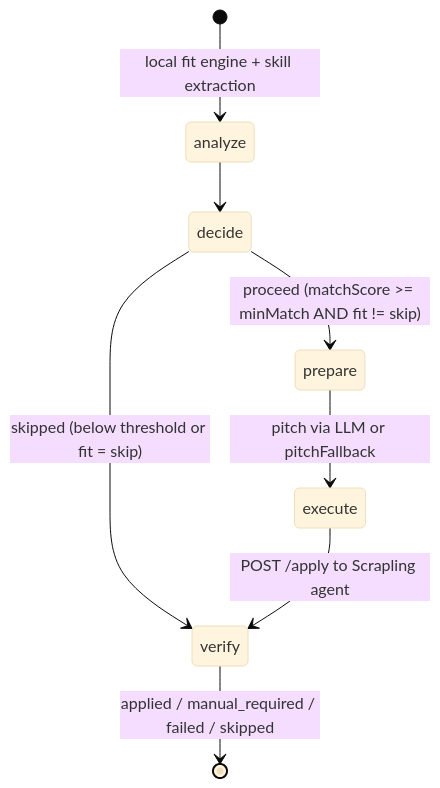
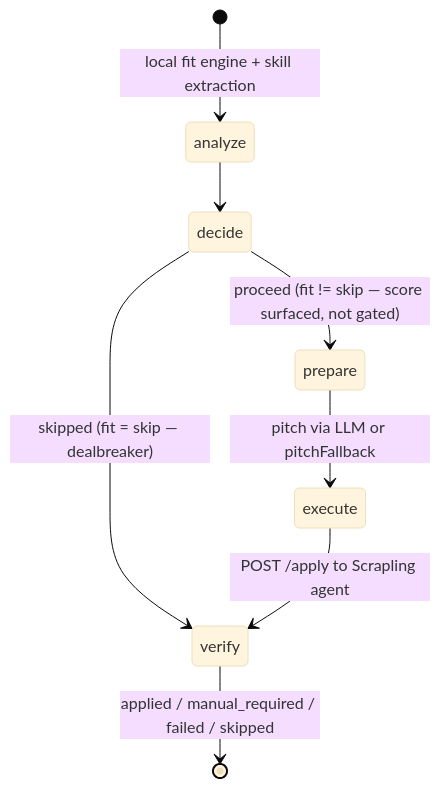
The fourth of 9 diagrams in docs/ARCHITECTURE.md (arfaouiahmed1/huntflow), drawn with Mermaid (base theme) before and after one commit. The commit also changed other lines of this file and 18 other files, not shown here.

````diff
--- a/docs/ARCHITECTURE.md
+++ b/docs/ARCHITECTURE.md
@@ -292,10 +292,10 @@
 ```mermaid
 stateDiagram-v2
   [*] --> analyze: local fit engine + skill extraction
   analyze --> decide
-  decide --> prepare: proceed (matchScore >= minMatch AND fit != skip)
-  decide --> verify: skipped (below threshold or fit = skip)
+  decide --> prepare: proceed (fit != skip — score surfaced, not gated)
+  decide --> verify: skipped (fit = skip — dealbreaker)
   prepare --> execute: pitch via LLM or pitchFallback
   execute --> verify: POST /apply to Scrapling agent
   verify --> [*]: applied / manual_required / failed / skipped
 ```
````
